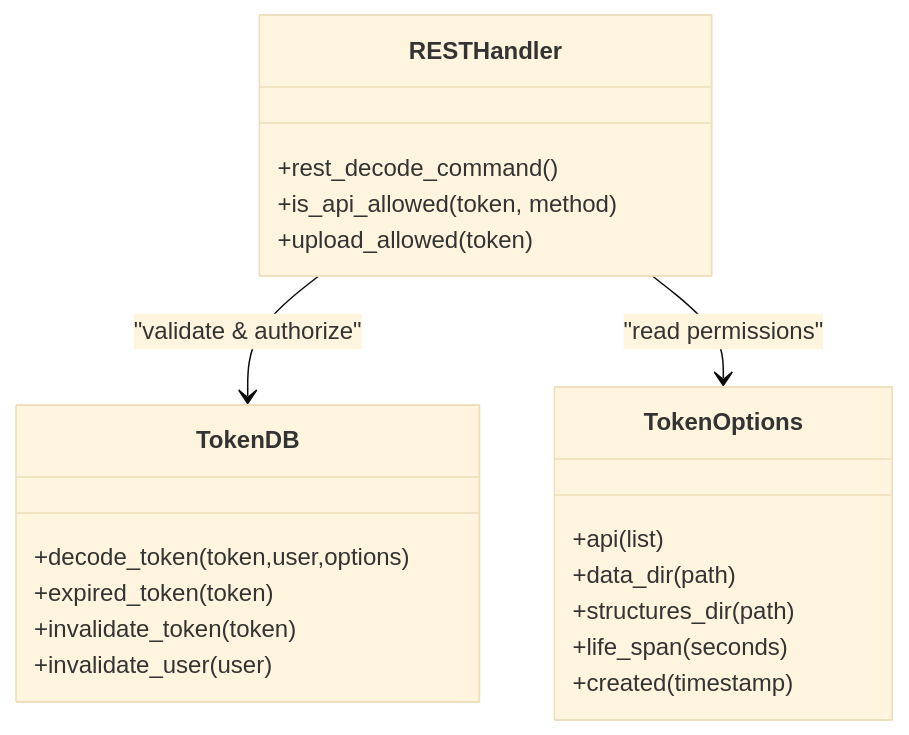
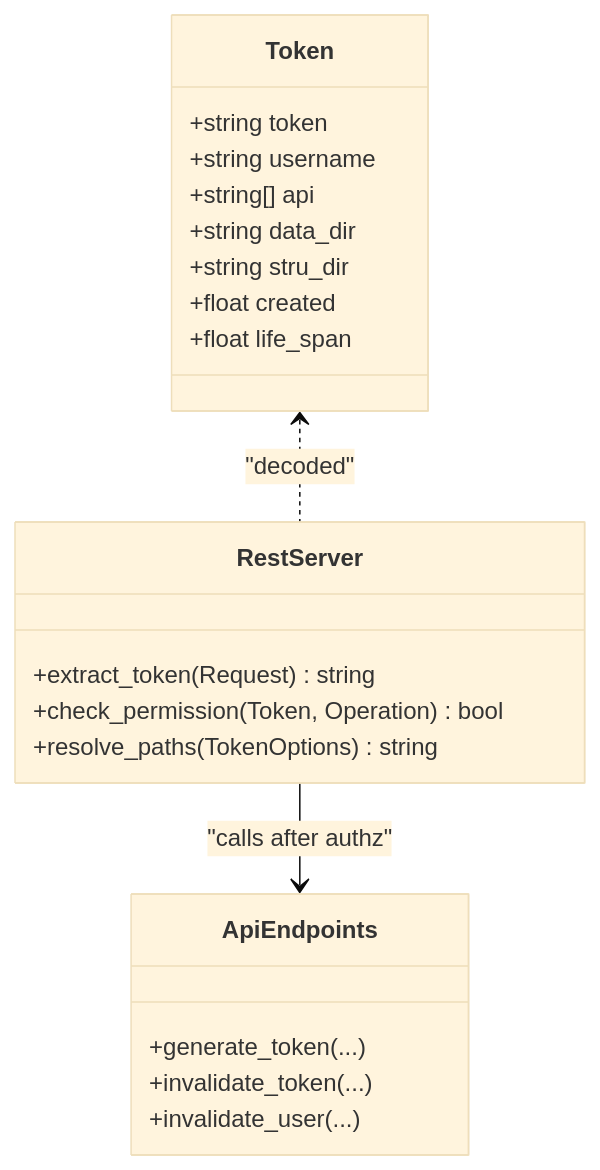
The fourth of 10 diagrams in .qoder/repowiki/en/content/Authentication and Security.md (time-link/timelink-kleio), drawn with Mermaid (base theme) before and after one commit. The commit also changed other lines of this file and 225 other files, not shown here.

````diff
--- a/.qoder/repowiki/en/content/Authentication and Security.md
+++ b/.qoder/repowiki/en/content/Authentication and Security.md
@@ -158,23 +163,24 @@
 ```mermaid
 classDiagram
-class TokenOptions {
-+api(list)
-+data_dir(path)
-+structures_dir(path)
-+life_span(seconds)
-+created(timestamp)
+class Token {
++string token
++string username
++string[] api
++string data_dir
++string stru_dir
++float created
++float life_span
 }
-class RESTHandler {
-+rest_decode_command()
-+is_api_allowed(token, method)
-+upload_allowed(token)
+class RestServer {
++extract_token(Request) string
++check_permission(Token, Operation) bool
++resolve_paths(TokenOptions) string
 }
-class TokenDB {
-+decode_token(token,user,options)
-+expired_token(token)
-+invalidate_token(token)
-+invalidate_user(user)
+class ApiEndpoints {
++generate_token(...)
++invalidate_token(...)
++invalidate_user(...)
 }
-RESTHandler --> TokenDB : "validate & authorize"
-RESTHandler --> TokenOptions : "read permissions"
+Token <.. RestServer : "decoded"
+RestServer --> ApiEndpoints : "calls after authz"
 ```
````
